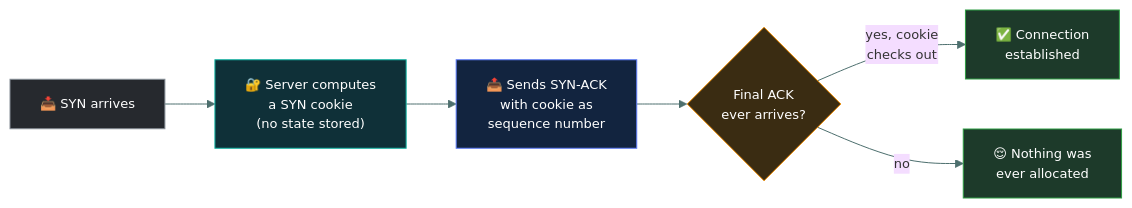
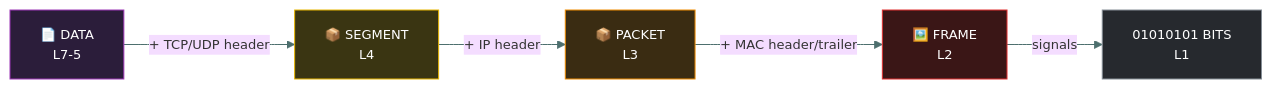
One commit to tarunTejaDesireddy/cc-exam-prep changed the fifth of 5 diagrams in 04-network-security/osi-and-tcpip/README.md. Above: the diagram before and after it, drawn with Mermaid. The commit also changed other lines of this file, not shown here.

Commit message:
Replace OSI and TCP/IP with caveman-style version, diagrams and questions

````diff
--- a/04-network-security/osi-and-tcpip/README.md
+++ b/04-network-security/osi-and-tcpip/README.md
@@ -237,16 +618,11 @@
 ```mermaid
 %%{init: {'theme':'base','themeVariables':{'fontSize':'13px','lineColor':'#4d6f6e','textColor':'#dbe7e6'}}}%%
 flowchart LR
-    SYN["📥 SYN arrives"] --> ENC["🔐 Server computes<br/>a SYN cookie<br/>(no state stored)"]
-    ENC --> RPL["📤 Sends SYN-ACK<br/>with cookie as<br/>sequence number"]
-    RPL --> WAIT{"Final ACK<br/>ever arrives?"}
-    WAIT -->|"yes, cookie<br/>checks out"| EST["✅ Connection<br/>established"]
-    WAIT -->|"no"| NOTHING["😌 Nothing was<br/>ever allocated"]
+    D["📄 DATA<br/>L7-5"] -->|"+ TCP/UDP header"| S["📦 SEGMENT<br/>L4"] -->|"+ IP header"| P["📦 PACKET<br/>L3"] -->|"+ MAC header/trailer"| F["🖼️ FRAME<br/>L2"] -->|"signals"| B["01010101 BITS<br/>L1"]
 
-    style SYN fill:#26292e,stroke:#868E96,color:#fff
-    style ENC fill:#0f3038,stroke:#12B5A5,color:#fff
-    style RPL fill:#12243f,stroke:#5C7CFA,color:#fff
-    style WAIT fill:#3a2c12,stroke:#F08C00,color:#fff
-    style EST fill:#1d3a2a,stroke:#2F9E44,color:#fff
-    style NOTHING fill:#1d3a2a,stroke:#2F9E44,color:#fff
+    style D fill:#2b1d3a,stroke:#9C36B5,color:#fff
+    style S fill:#3a3512,stroke:#E8B500,color:#fff
+    style P fill:#3a2c12,stroke:#F08C00,color:#fff
+    style F fill:#3a1616,stroke:#E03131,color:#fff
+    style B fill:#26292e,stroke:#868E96,color:#fff
 ```
````
